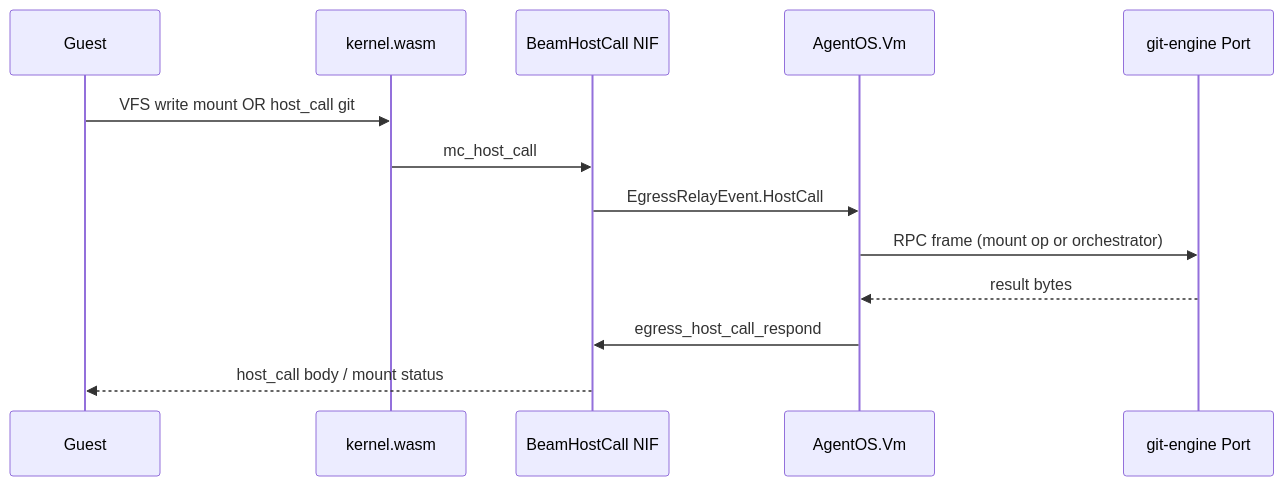
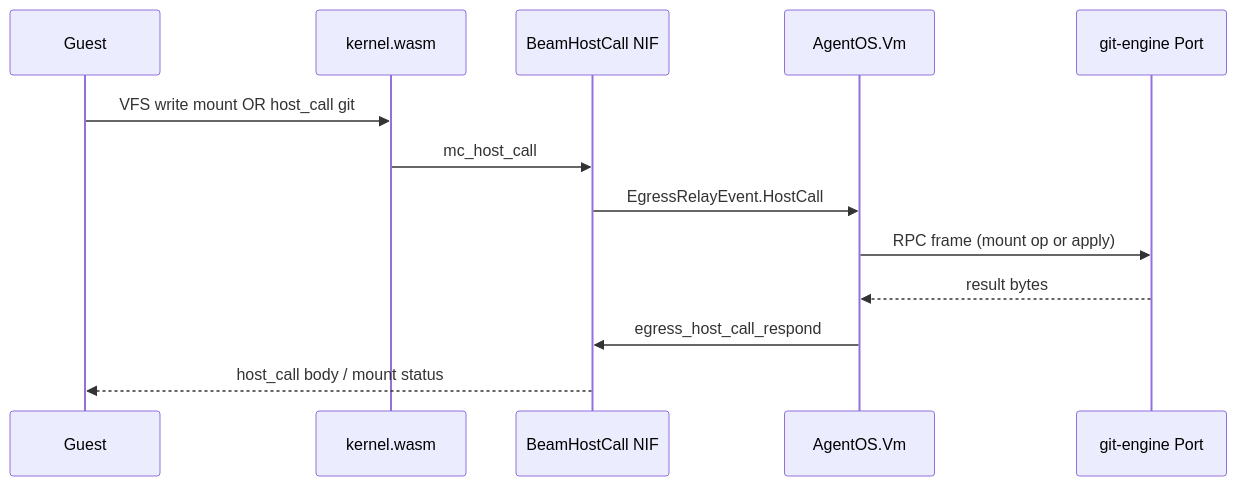
Before and after one commit to NarendraPatwardhan/agent-os: the fifth of 5 diagrams in GIT.md, drawn with Mermaid. The commit also changed other lines of this file and 44 other files, not shown here.

````diff
--- a/GIT.md
+++ b/GIT.md
@@ -687,16 +616,16 @@
 ```mermaid
 sequenceDiagram
   participant Guest
   participant Kern as kernel.wasm
   participant NIF as BeamHostCall NIF
   participant BEAM as AgentOS.Vm
   participant Eng as git-engine Port
 
   Guest->>Kern: VFS write mount OR host_call git
   Kern->>NIF: mc_host_call
   NIF->>BEAM: EgressRelayEvent.HostCall
-  BEAM->>Eng: RPC frame (mount op or orchestrator)
+  BEAM->>Eng: RPC frame (mount op or apply)
   Eng-->>BEAM: result bytes
   BEAM->>NIF: egress_host_call_respond
   NIF-->>Guest: host_call body / mount status
 ```
````
